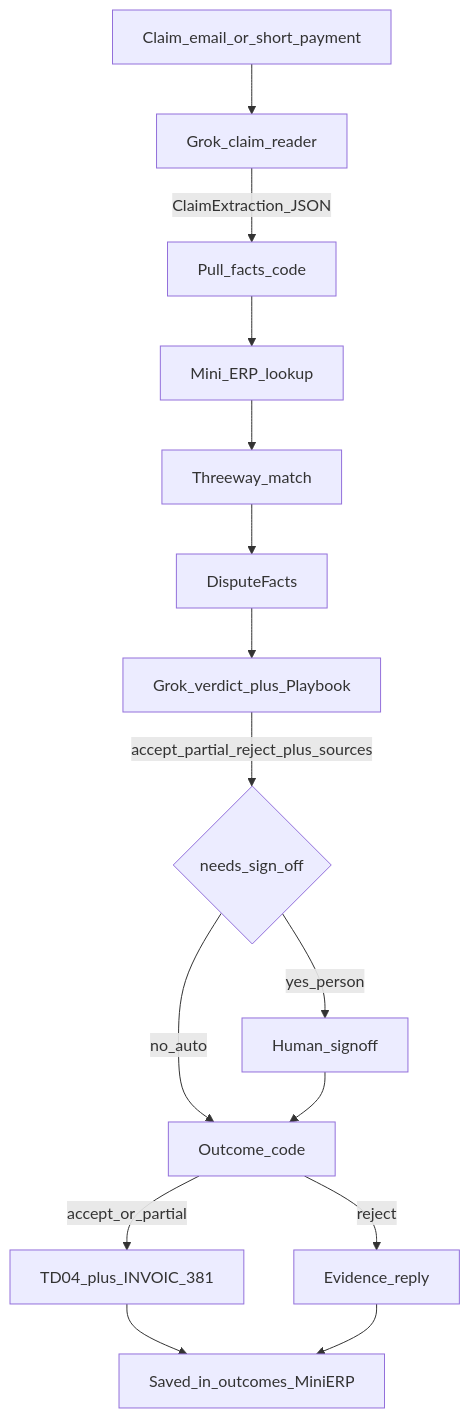
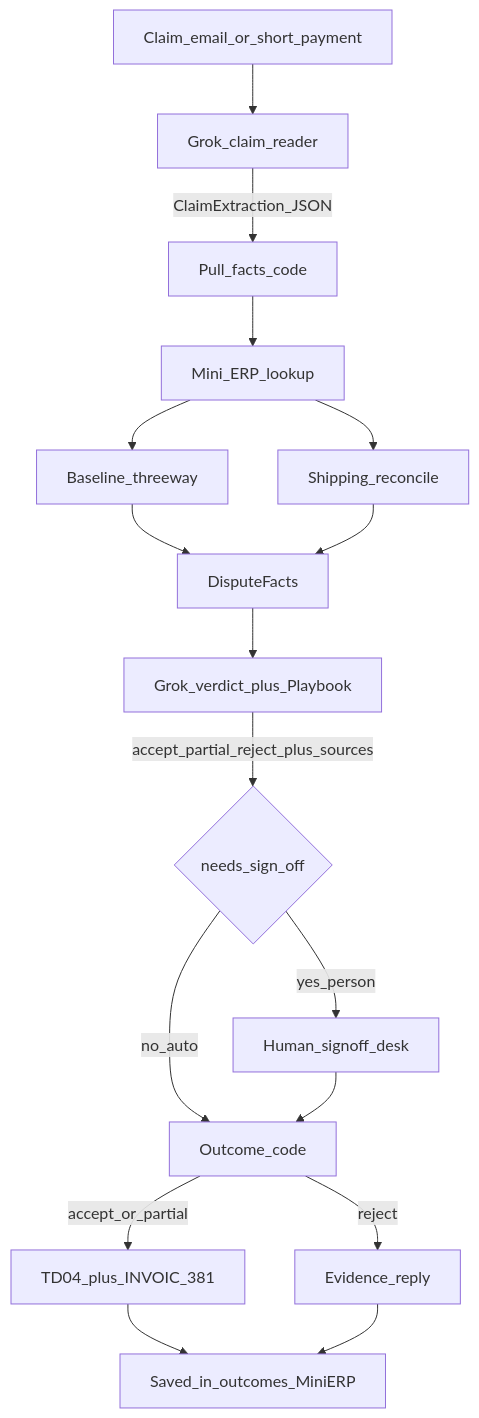
The diagram in dispute-dec.md (flavio-bernoni07/B.R.C-x-Grok), drawn with Mermaid before and after one commit. The commit also changed other lines of this file and 12 other files, not shown here.

First line of the commit message:
Dispute jury readiness: Shipping reconcile in facts, desk CLI, ERP-only runner

````diff
--- a/dispute-dec.md
+++ b/dispute-dec.md
@@ -15,17 +15,19 @@
 ```mermaid
 flowchart TD
   inClaim[Claim_email_or_short_payment] --> reader[Grok_claim_reader]
   reader -->|ClaimExtraction_JSON| facts[Pull_facts_code]
   facts --> erp[Mini_ERP_lookup]
-  erp --> threeway[Threeway_match]
+  erp --> threeway[Baseline_threeway]
+  erp --> reconcile[Shipping_reconcile]
   threeway --> factsOut[DisputeFacts]
+  reconcile --> factsOut
   factsOut --> verdict[Grok_verdict_plus_Playbook]
   verdict -->|accept_partial_reject_plus_sources| gate{needs_sign_off}
   gate -->|no_auto| outcome[Outcome_code]
-  gate -->|yes_person| signoff[Human_signoff]
+  gate -->|yes_person| signoff[Human_signoff_desk]
   signoff --> outcome
   outcome -->|accept_or_partial| credit[TD04_plus_INVOIC_381]
   outcome -->|reject| reply[Evidence_reply]
   credit --> saved[Saved_in_outcomes_MiniERP]
   reply --> saved
 ```
````
